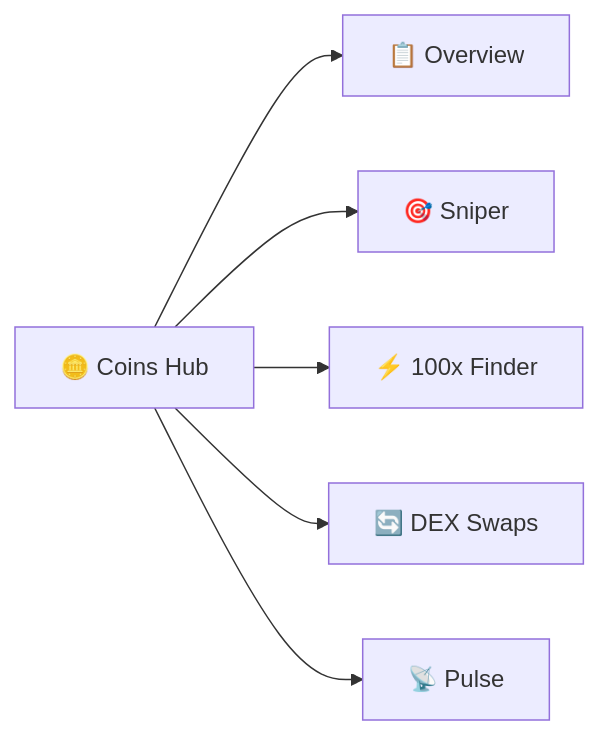
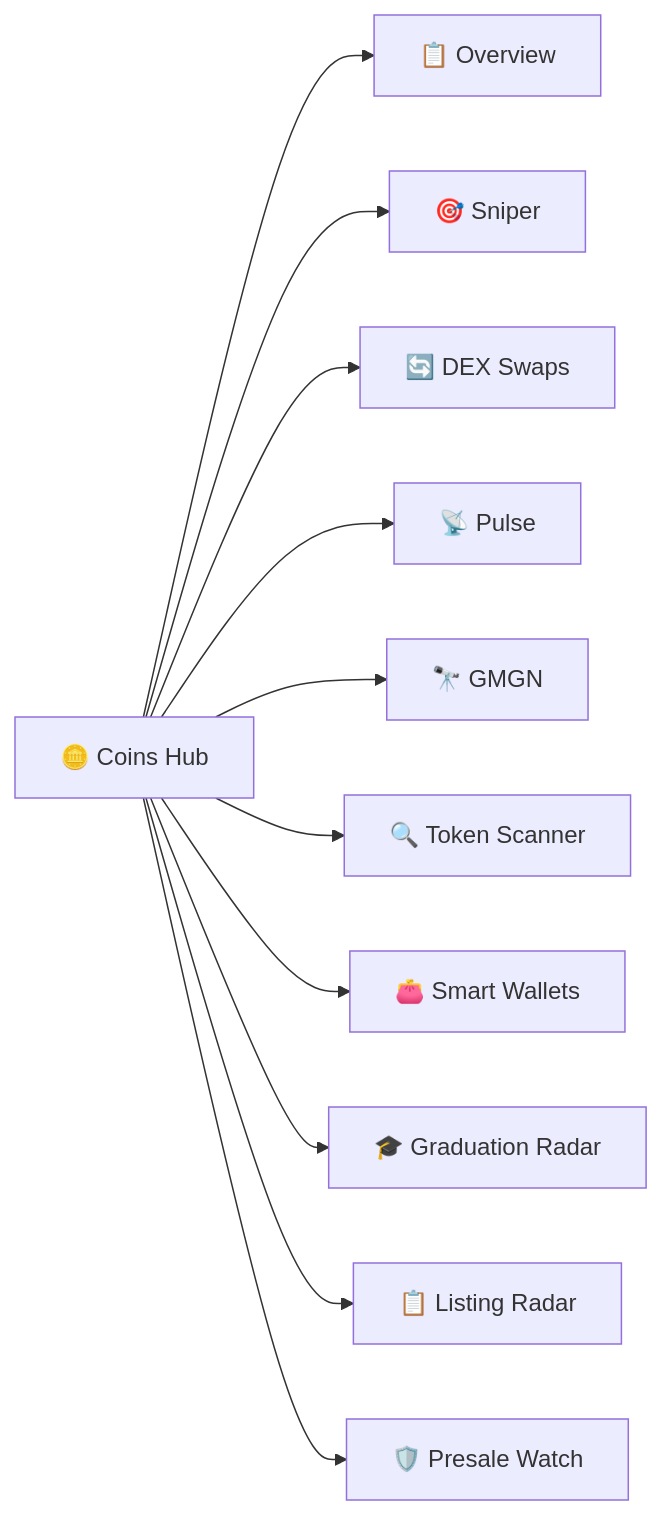
Before and after one commit to formionai/docs: the diagram in coins-hub.md, drawn with Mermaid. The commit also changed other lines of this file and 47 other files, not shown here.

````diff
--- a/coins-hub.md
+++ b/coins-hub.md
@@ -9,8 +9,13 @@
 ```mermaid
 flowchart LR
   CH["🪙 Coins Hub"] --> OV["📋 Overview"]
   CH --> SN["🎯 Sniper"]
-  CH --> X["⚡ 100x Finder"]
   CH --> DX["🔄 DEX Swaps"]
   CH --> PU["📡 Pulse"]
+  CH --> GM["🔭 GMGN"]
+  CH --> TS["🔍 Token Scanner"]
+  CH --> SW["👛 Smart Wallets"]
+  CH --> GR["🎓 Graduation Radar"]
+  CH --> LR["📋 Listing Radar"]
+  CH --> PW["🛡️ Presale Watch"]
 ```
````
